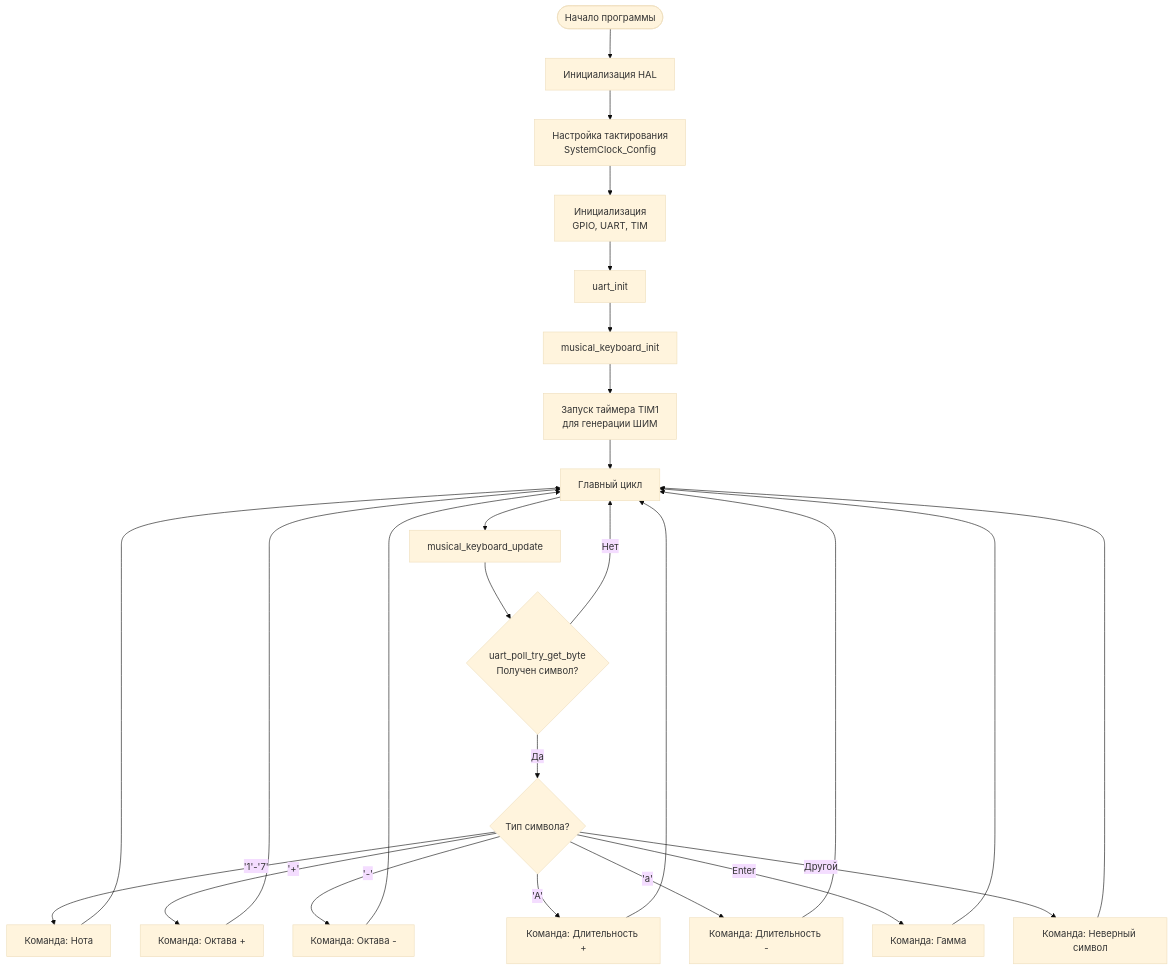
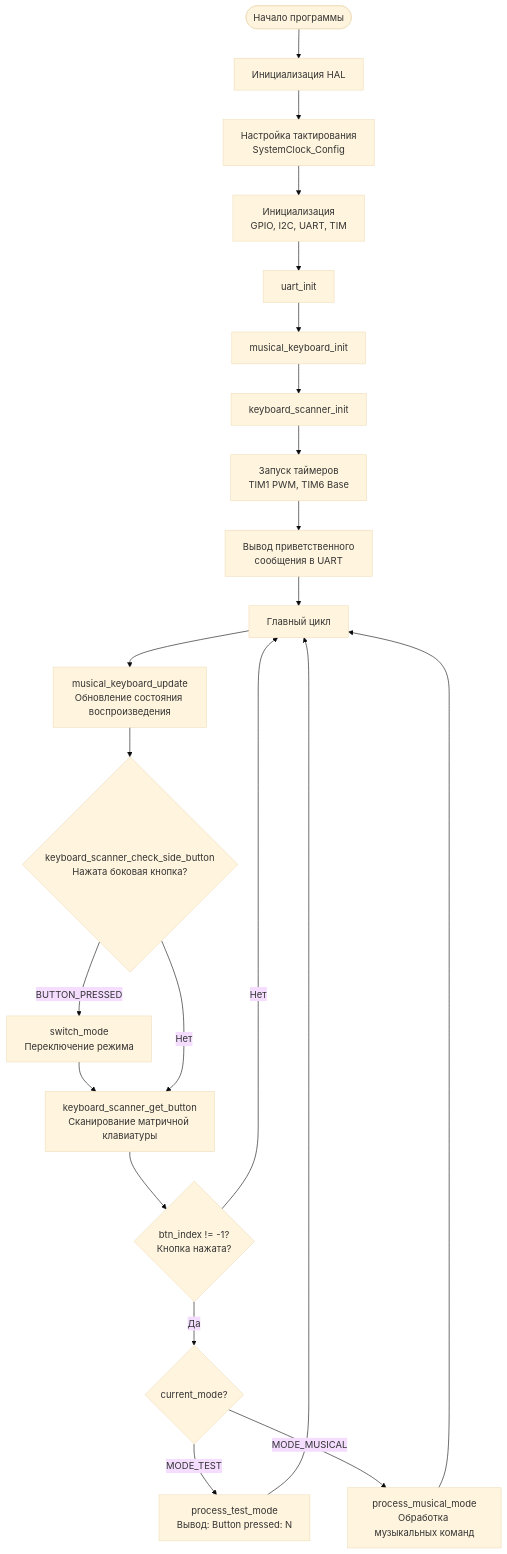
The second of 3 diagrams in README.md (butvinm-itmo/computing-lab3), drawn with Mermaid (base theme) before and after one commit. The commit also changed other lines of this file and 6 other files, not shown here.

````diff
--- a/README.md
+++ b/README.md
@@ -159,32 +254,30 @@
 ```mermaid
 flowchart TD
     Start([Начало программы]) --> Init1[Инициализация HAL]
     Init1 --> Init2[Настройка тактирования<br/>SystemClock_Config]
-    Init2 --> Init3[Инициализация<br/>GPIO, UART, TIM]
+    Init2 --> Init3[Инициализация<br/>GPIO, I2C, UART, TIM]
     Init3 --> Init4[uart_init]
     Init4 --> Init5[musical_keyboard_init]
-    Init5 --> Init6[Запуск таймера TIM1<br/>для генерации ШИМ]
-    Init6 --> Loop[Главный цикл]
+    Init5 --> Init6[keyboard_scanner_init]
+    Init6 --> Init7[Запуск таймеров<br/>TIM1 PWM, TIM6 Base]
+    Init7 --> InitMsg[Вывод приветственного<br/>сообщения в UART]
+    InitMsg --> Loop[Главный цикл]
 
-    Loop --> UpdateKB[musical_keyboard_update]
-    UpdateKB --> CheckUART{uart_poll_try_get_byte<br/>Получен символ?}
+    Loop --> UpdateKB[musical_keyboard_update<br/>Обновление состояния воспроизведения]
+    UpdateKB --> CheckSide{keyboard_scanner_check_side_button<br/>Нажата боковая кнопка?}
 
-    CheckUART -->|Нет| Loop
-    CheckUART -->|Да| Dispatch{Тип символа?}
+    CheckSide -->|BUTTON_PRESSED| SwitchMode[switch_mode<br/>Переключение режима]
+    SwitchMode --> ScanKB
+    CheckSide -->|Нет| ScanKB[keyboard_scanner_get_button<br/>Сканирование матричной клавиатуры]
 
-    Dispatch -->|'1'-'7'| Note[Команда: Нота]
-    Dispatch -->|'+'| OctUp[Команда: Октава +]
-    Dispatch -->|'-'| OctDown[Команда: Октава -]
-    Dispatch -->|'A'| DurUp[Команда: Длительность +]
-    Dispatch -->|'a'| DurDown[Команда: Длительность -]
-    Dispatch -->|Enter| Scale[Команда: Гамма]
-    Dispatch -->|Другой| Invalid[Команда: Неверный символ]
+    ScanKB --> CheckBtn{btn_index != -1?<br/>Кнопка нажата?}
 
-    Note --> Loop
-    OctUp --> Loop
-    OctDown --> Loop
-    DurUp --> Loop
-    DurDown --> Loop
-    Scale --> Loop
-    Invalid --> Loop
+    CheckBtn -->|Нет| Loop
+    CheckBtn -->|Да| CheckMode{current_mode?}
+
+    CheckMode -->|MODE_TEST| TestMode[process_test_mode<br/>Вывод: Button pressed: N]
+    CheckMode -->|MODE_MUSICAL| MusicalMode[process_musical_mode<br/>Обработка музыкальных команд]
+
+    TestMode --> Loop
+    MusicalMode --> Loop
 ```
````
